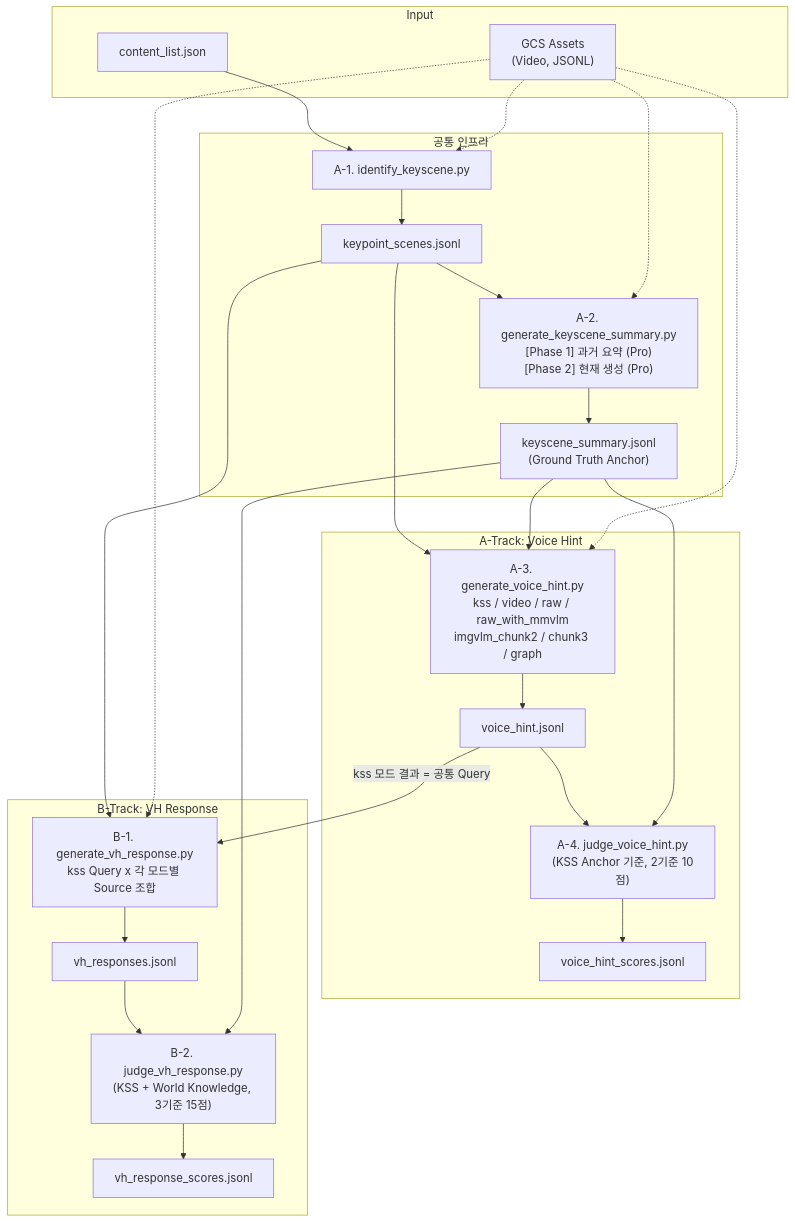
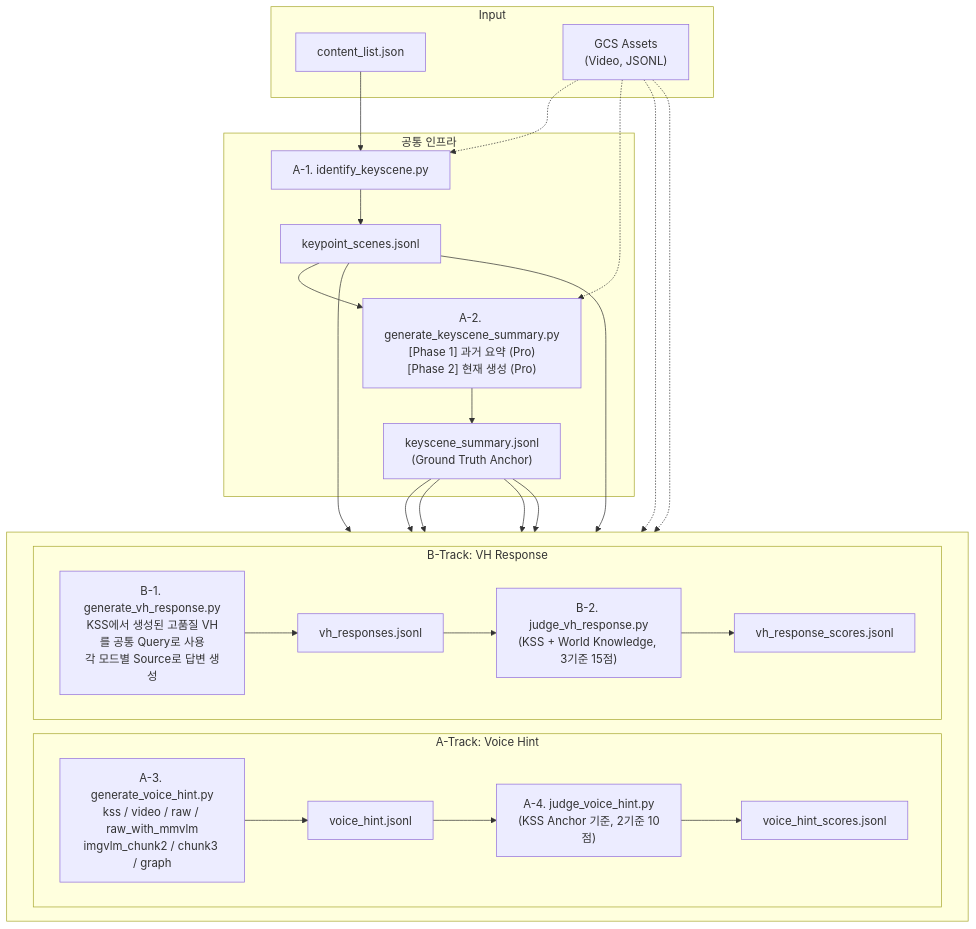
The diagram in README.md (obeychoi0120/LLMJudge), drawn with Mermaid before and after one commit. The commit also changed other lines of this file, not shown here.

````diff
--- a/README.md
+++ b/README.md
@@ -41,53 +41,53 @@
 ```mermaid
 flowchart TD
     subgraph INPUT["Input"]
         CL["content_list.json"]
         GCS["GCS Assets\n(Video, JSONL)"]
     end
 
     subgraph INFRA["공통 인프라"]
         A1["A-1. identify_keyscene.py"]
         KP["keypoint_scenes.jsonl"]
         A2["A-2. generate_keyscene_summary.py\n[Phase 1] 과거 요약 (Pro)\n[Phase 2] 현재 생성 (Pro)"]
         KSS["keyscene_summary.jsonl\n(Ground Truth Anchor)"]
     end
 
-    subgraph ATRACK["A-Track: Voice Hint"]
-        A3["A-3. generate_voice_hint.py\nkss / video / raw / raw_with_mmvlm\nimgvlm_chunk2 / chunk3 / graph"]
-        VH["voice_hint.jsonl"]
-        A4["A-4. judge_voice_hint.py\n(KSS Anchor 기준, 2기준 10점)"]
-        VHS["voice_hint_scores.jsonl"]
-    end
-
-    subgraph BTRACK["B-Track: VH Response"]
-        B1["B-1. generate_vh_response.py\nkss Query x 각 모드별 Source 조합"]
-        VHR["vh_responses.jsonl"]
-        B2["B-2. judge_vh_response.py\n(KSS + World Knowledge, 3기준 15점)"]
-        VHRS["vh_response_scores.jsonl"]
+    subgraph TRACKS[" "]
+        direction LR
+        subgraph ATRACK["A-Track: Voice Hint"]
+            A3["A-3. generate_voice_hint.py\nkss / video / raw / raw_with_mmvlm\nimgvlm_chunk2 / chunk3 / graph"]
+            VH["voice_hint.jsonl"]
+            A4["A-4. judge_voice_hint.py\n(KSS Anchor 기준, 2기준 10점)"]
+            VHS["voice_hint_scores.jsonl"]
+        end
+        subgraph BTRACK["B-Track: VH Response"]
+            B1["B-1. generate_vh_response.py\nKSS에서 생성된 고품질 VH를 공통 Query로 사용\n각 모드별 Source로 답변 생성"]
+            VHR["vh_responses.jsonl"]
+            B2["B-2. judge_vh_response.py\n(KSS + World Knowledge, 3기준 15점)"]
+            VHRS["vh_response_scores.jsonl"]
+        end
     end
 
     CL --> A1
     GCS -.-> A1
     A1 --> KP
     KP --> A2
     GCS -.-> A2
     A2 --> KSS
 
+    KSS --> A3
     KP --> A3
-    KSS --> A3
     GCS -.-> A3
     A3 --> VH
-
     VH --> A4
     KSS --> A4
     A4 --> VHS
 
-    VH -- "kss 모드 결과 = 공통 Query" --> B1
+    KSS --> B1
     KP --> B1
     GCS -.-> B1
     B1 --> VHR
-
     VHR --> B2
     KSS --> B2
     B2 --> VHRS
 ```
````
